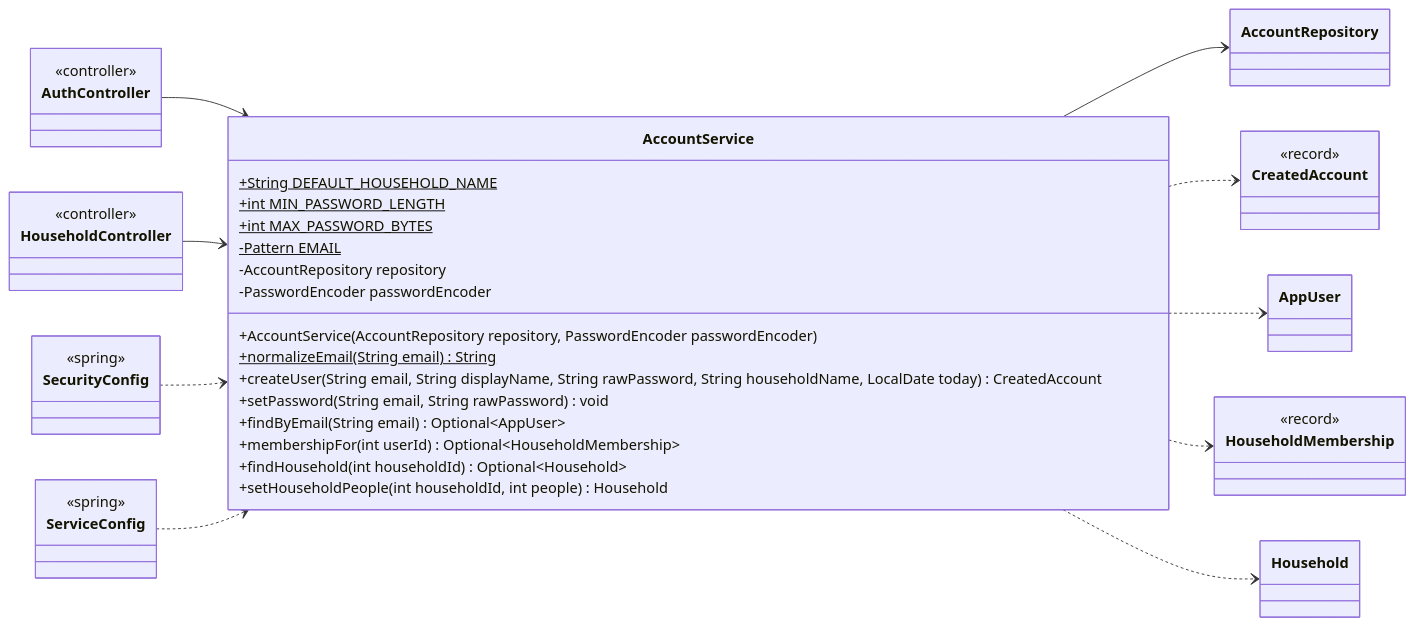
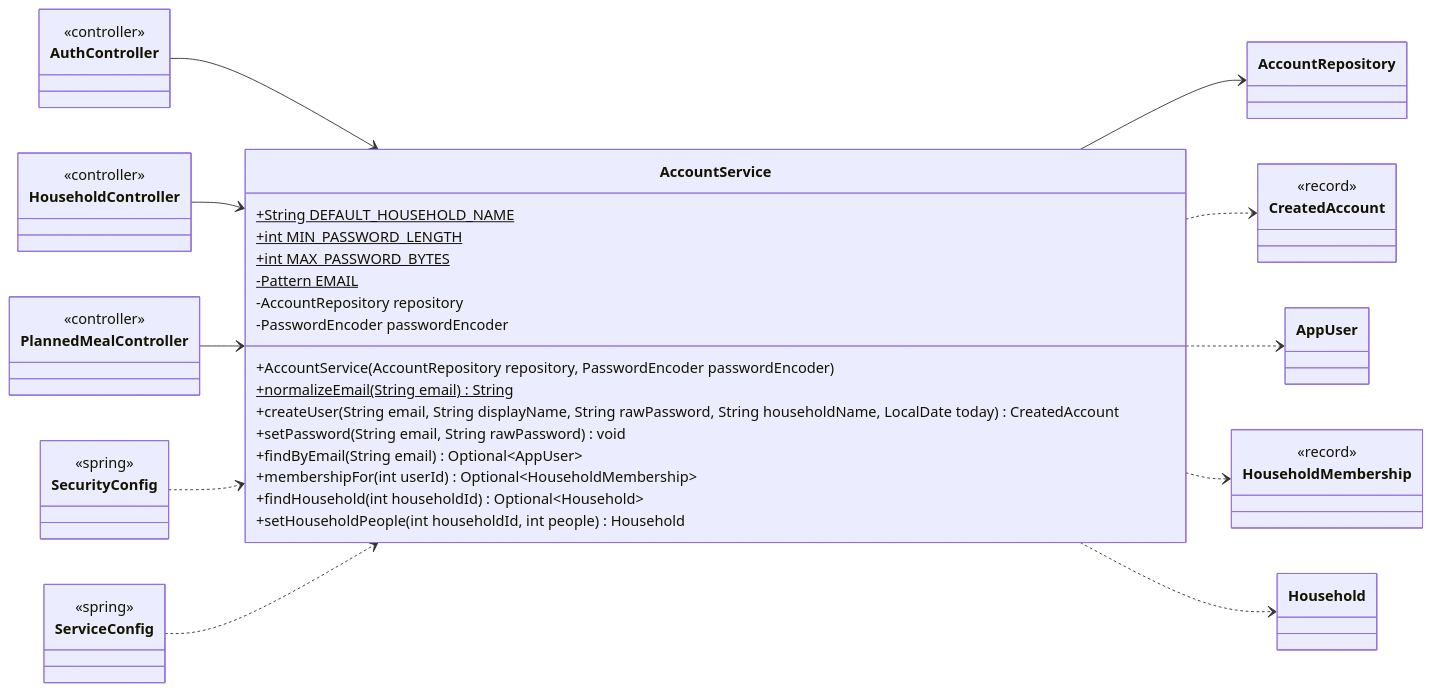
One commit to Nate-ryan-7690/dahaem changed the third of 9 diagrams in docs/classes/auth.md. Above: the diagram before and after it, drawn with Mermaid. The commit also changed other lines of this file and 5 other files, not shown here.

````diff
--- a/docs/classes/auth.md
+++ b/docs/classes/auth.md
@@ -130,50 +130,54 @@
 ```mermaid
 classDiagram
     direction LR
     class auth_AccountService["AccountService"] {
         +String DEFAULT_HOUSEHOLD_NAME$
         +int MIN_PASSWORD_LENGTH$
         +int MAX_PASSWORD_BYTES$
         -Pattern EMAIL$
         -AccountRepository repository
         -PasswordEncoder passwordEncoder
         +AccountService(AccountRepository repository, PasswordEncoder passwordEncoder)
         +normalizeEmail(String email) String$
         +createUser(String email, String displayName, String rawPassword, String householdName, LocalDate today) CreatedAccount
         +setPassword(String email, String rawPassword) void
         +findByEmail(String email) Optional~AppUser~
         +membershipFor(int userId) Optional~HouseholdMembership~
         +findHousehold(int householdId) Optional~Household~
         +setHouseholdPeople(int householdId, int people) Household
     }
     class auth_AccountRepository["AccountRepository"]
     class api_AuthController["AuthController"] {
         <<controller>>
     }
     class api_HouseholdController["HouseholdController"] {
         <<controller>>
     }
+    class api_PlannedMealController["PlannedMealController"] {
+        <<controller>>
+    }
     class auth_CreatedAccount["CreatedAccount"] {
         <<record>>
     }
     class auth_AppUser["AppUser"]
     class auth_HouseholdMembership["HouseholdMembership"] {
         <<record>>
     }
     class auth_Household["Household"]
     class api_SecurityConfig["SecurityConfig"] {
         <<spring>>
     }
     class api_ServiceConfig["ServiceConfig"] {
         <<spring>>
     }
     auth_AccountService --> auth_AccountRepository
     auth_AccountService ..> auth_CreatedAccount
     auth_AccountService ..> auth_AppUser
     auth_AccountService ..> auth_HouseholdMembership
     auth_AccountService ..> auth_Household
     api_AuthController --> auth_AccountService
     api_HouseholdController --> auth_AccountService
+    api_PlannedMealController --> auth_AccountService
     api_SecurityConfig ..> auth_AccountService
     api_ServiceConfig ..> auth_AccountService
 ```
````
